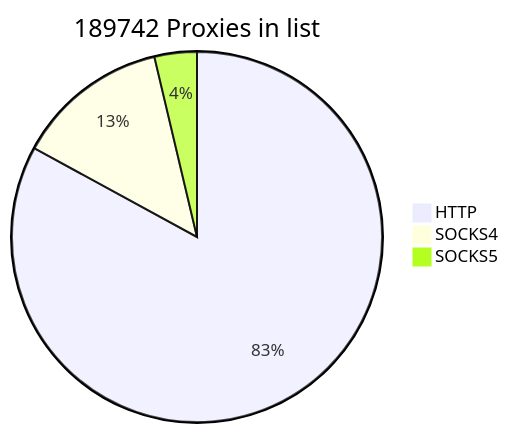
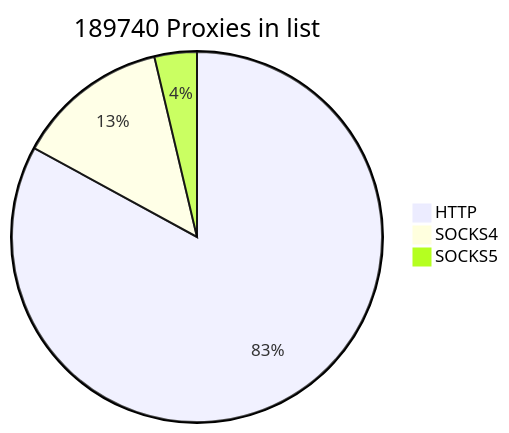
The first of 2 diagrams in README.md (cutipu/proxylist), drawn with Mermaid before and after one commit. The commit also changed other lines of this file, not shown here.

````diff
--- a/README.md
+++ b/README.md
@@ -2,7 +2,7 @@
 ```mermaid
-pie title 189742 Proxies in list
+pie title 189740 Proxies in list
     "HTTP" : 157393
-    "SOCKS4" : 25332
+    "SOCKS4" : 25330
     "SOCKS5" : 7017
             
 ```
````
